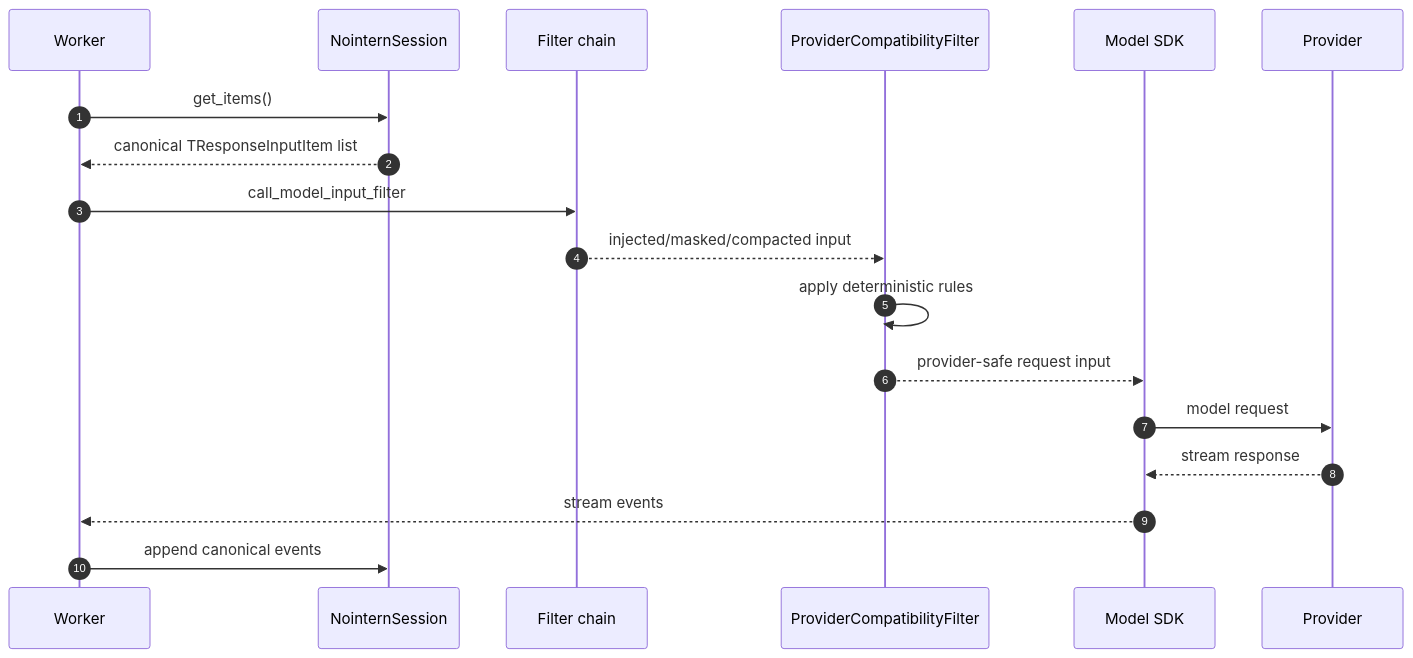
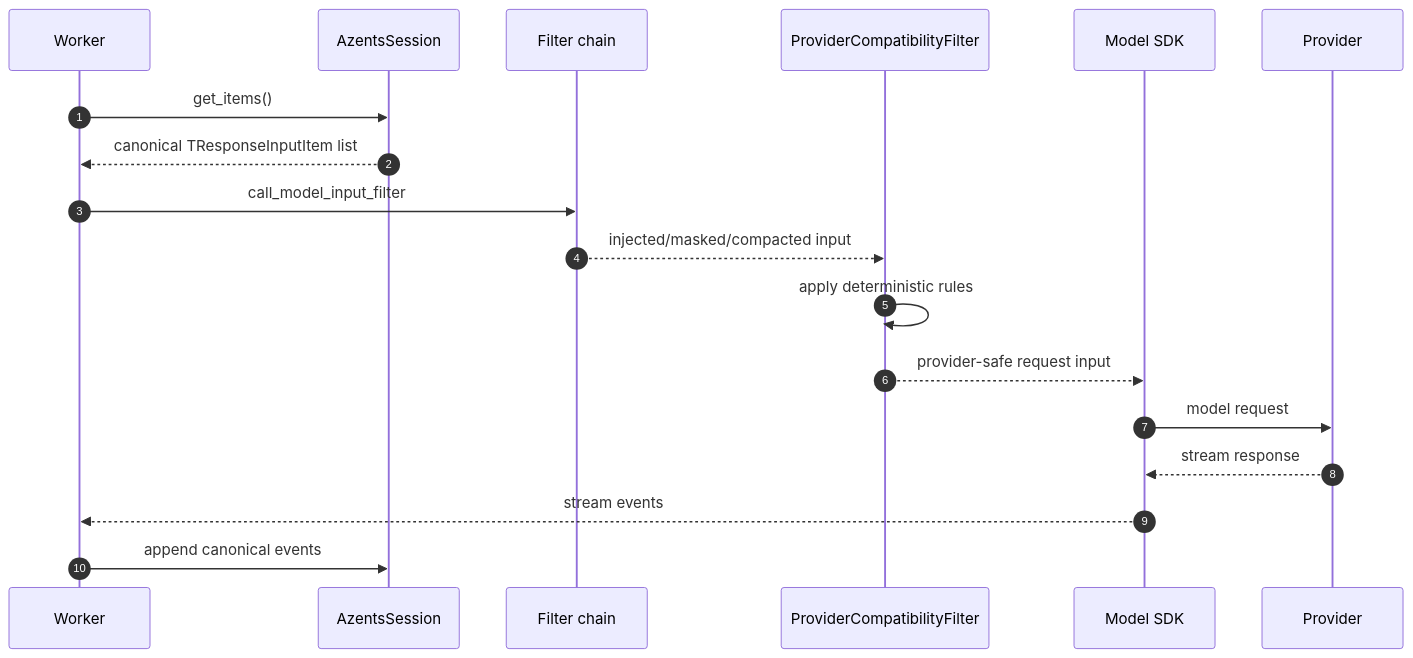
The second of 2 diagrams in docs/azents/design/compat-260503-compat-layer-2026.md (azents/azents), drawn with Mermaid before and after one commit. The commit also changed other lines of this file and 245 other files, not shown here.

````diff
--- a/docs/azents/design/compat-260503-compat-layer-2026.md
+++ b/docs/azents/design/compat-260503-compat-layer-2026.md
@@ -172,21 +172,21 @@
 ```mermaid
 sequenceDiagram
     autonumber
     participant Worker
-    participant Session as NointernSession
+    participant Session as AzentsSession
     participant Filters as Filter chain
     participant Compat as ProviderCompatibilityFilter
     participant SDK as Model SDK
     participant Provider
 
     Worker->>Session: get_items()
     Session-->>Worker: canonical TResponseInputItem list
     Worker->>Filters: call_model_input_filter
     Filters-->>Compat: injected/masked/compacted input
     Compat->>Compat: apply deterministic rules
     Compat-->>SDK: provider-safe request input
     SDK->>Provider: model request
     Provider-->>SDK: stream response
     SDK-->>Worker: stream events
     Worker->>Session: append canonical events
 ```
````
